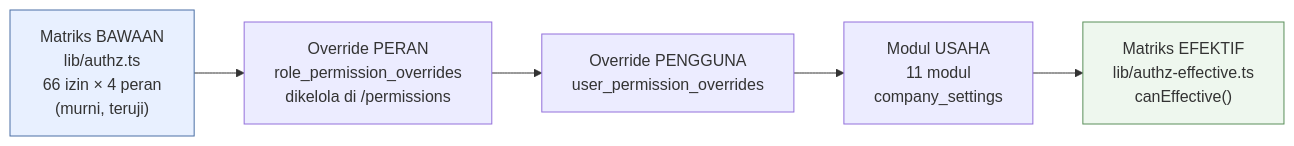
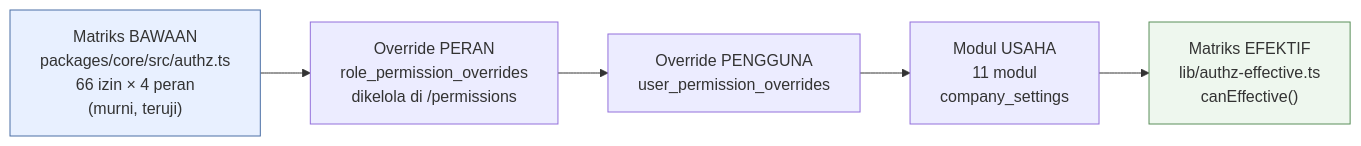
One commit to tri-evendi/sai-accounting changed the fourth of 5 diagrams in docs/arsitektur/02-ARSITEKTUR.md. Above: the diagram before and after it, drawn with Mermaid. The commit also changed other lines of this file and 309 other files, not shown here.

First line of the commit message:
refactor(monorepo): Fase 2a — packages/core (@sai/core)

````diff
--- a/docs/arsitektur/02-ARSITEKTUR.md
+++ b/docs/arsitektur/02-ARSITEKTUR.md
@@ -249,13 +249,13 @@
 ```mermaid
 graph LR
-    A["Matriks BAWAAN<br/>lib/authz.ts<br/>66 izin × 4 peran<br/>(murni, teruji)"]
+    A["Matriks BAWAAN<br/>packages/core/src/authz.ts<br/>66 izin × 4 peran<br/>(murni, teruji)"]
     B["Override PERAN<br/>role_permission_overrides<br/>dikelola di /permissions"]
     C["Override PENGGUNA<br/>user_permission_overrides"]
     D["Modul USAHA<br/>11 modul<br/>company_settings"]
     E["Matriks EFEKTIF<br/>lib/authz-effective.ts<br/>canEffective()"]
 
     A --> B --> C --> D --> E
 
     style A fill:#e8f0ff,stroke:#4a6fa5
     style E fill:#eef7ee,stroke:#5a8f5a
 ```
````
